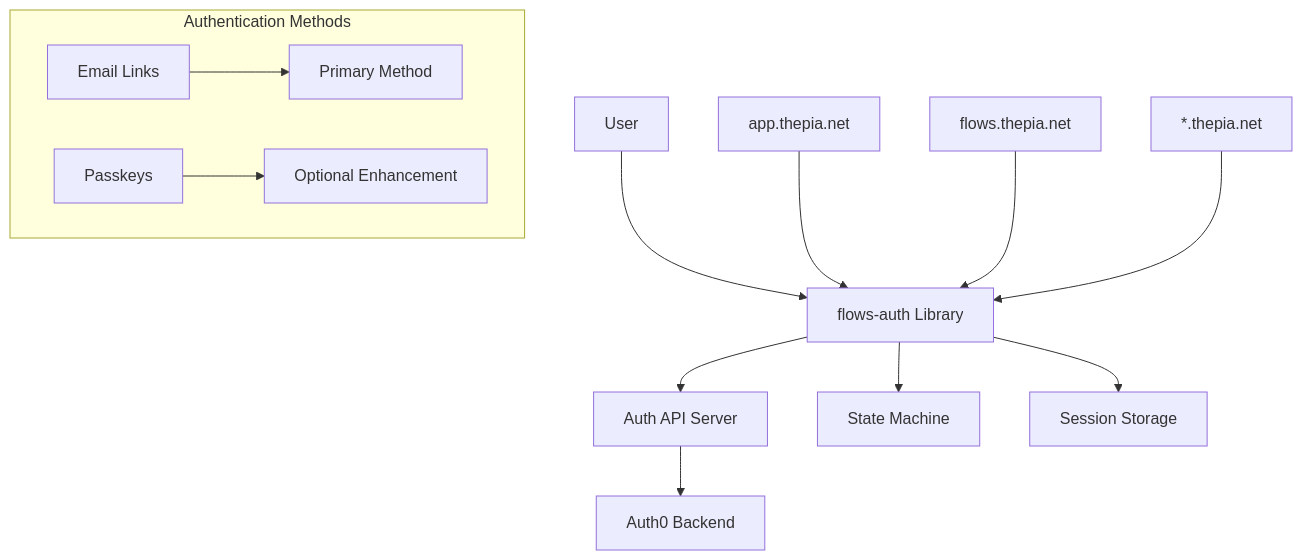
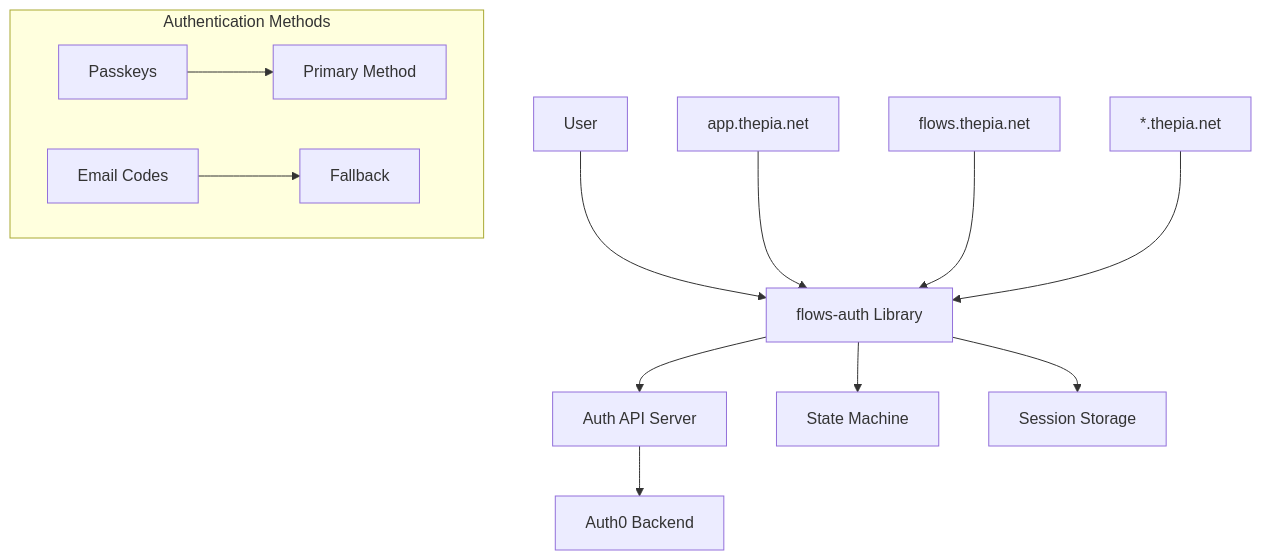
One commit to thepia/flows-auth changed the diagram in docs/README.md. Above: the diagram before and after it, drawn with Mermaid. The commit also changed other lines of this file and 355 other files, not shown here.

````diff
--- a/docs/README.md
+++ b/docs/README.md
@@ -84,18 +82,18 @@
 ```mermaid
 graph TB
     A[User] --> B[flows-auth Library]
     B --> C[Auth API Server]
     C --> D[Auth0 Backend]
     
     B --> E[State Machine]
     B --> F[Session Storage]
     
     G[app.thepia.net] --> B
     H[flows.thepia.net] --> B
     I[*.thepia.net] --> B
     
     subgraph "Authentication Methods"
-        J[Email Links] --> K[Primary Method]
-        L[Passkeys] --> M[Optional Enhancement]
+        J[Passkeys] --> K[Primary Method]
+        L[Email Codes] --> M[Fallback]
     end
 ```
````
